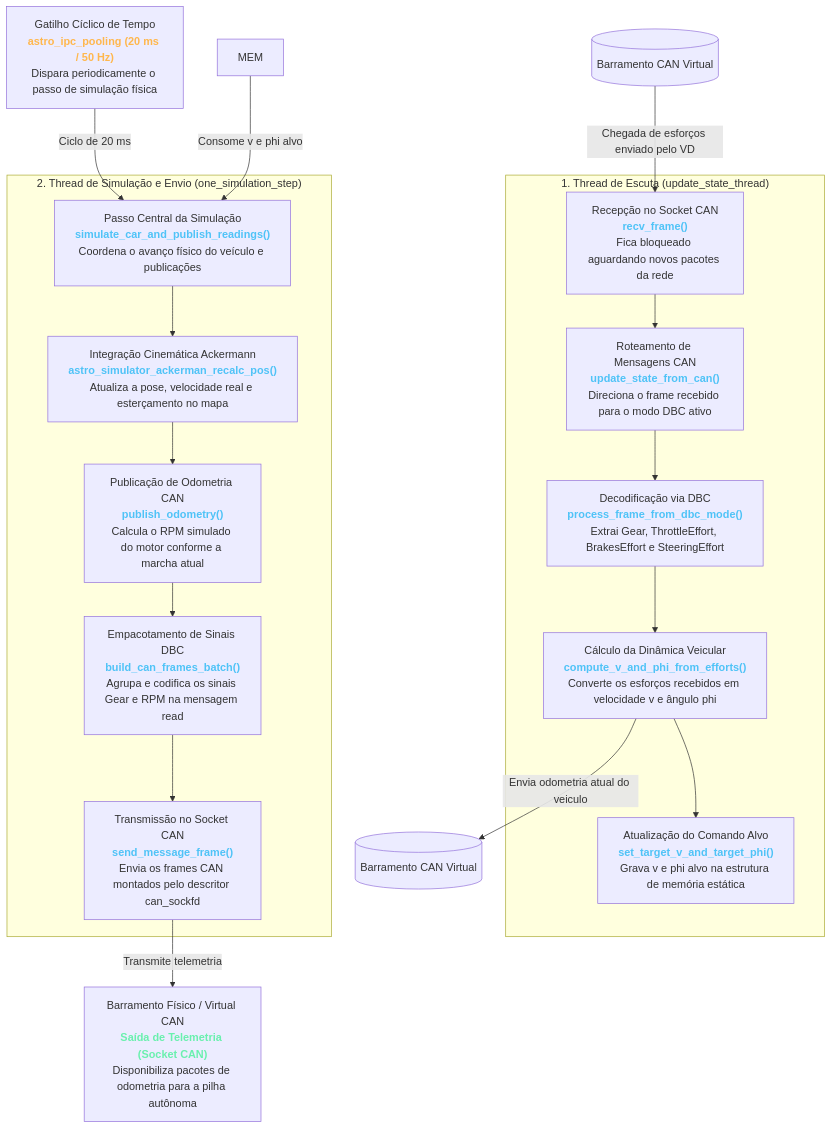
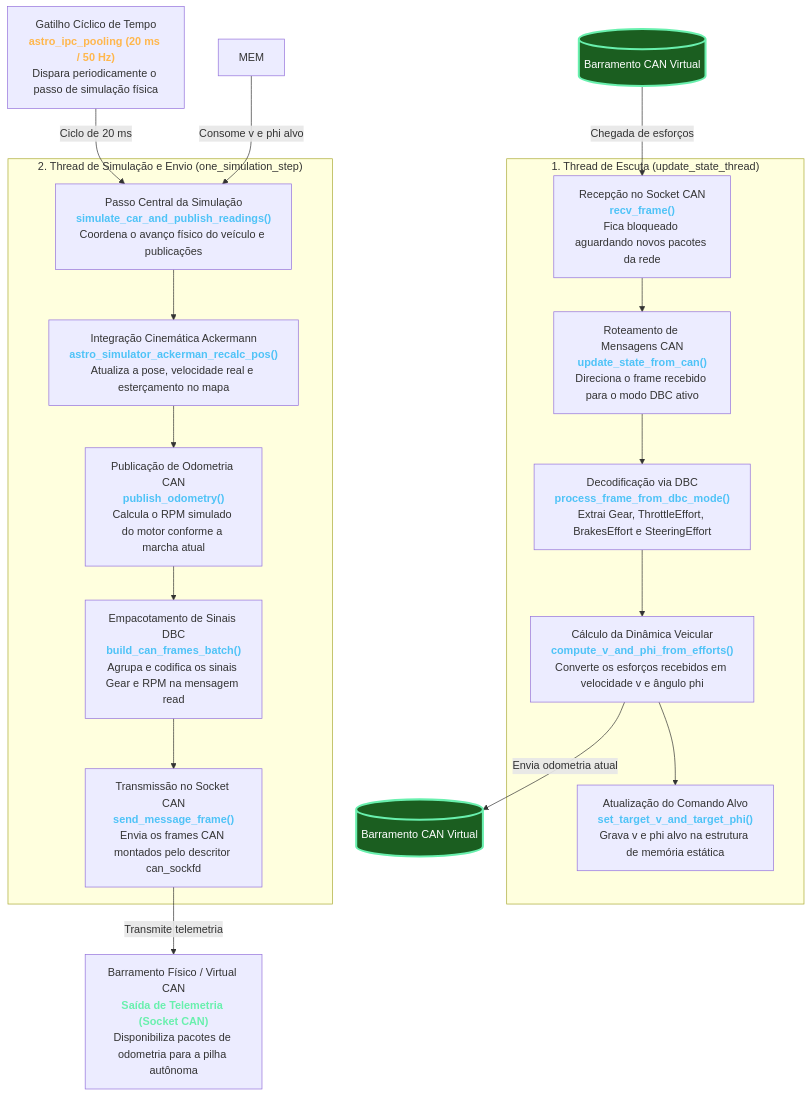
Before and after one commit to BrenoCSilva/lume: the second of 2 diagrams in simulator_ackerman/docs/01_arquitetura_e_fluxo_geral.md, drawn with Mermaid.

Commit message:
Fix formatting in architecture flowchart documentation

````diff
--- a/simulator_ackerman/docs/01_arquitetura_e_fluxo_geral.md
+++ b/simulator_ackerman/docs/01_arquitetura_e_fluxo_geral.md
@@ -101,33 +101,37 @@
 ```mermaid
 flowchart TD
     
     CAN_BUS[("Barramento CAN Virtual")]
 
-    CAN_BUS -->|"Chegada de esforços enviado pelo VD"| RECV
+    CAN_BUS -->|"Chegada de esforços <br/enviado pelo VD"| RECV
 
     subgraph ThreadEscuta ["1. Thread de Escuta (update_state_thread)"]
         RECV["Recepção no Socket CAN<br/><b style='color:#4fc3f7'>recv_frame()</b><br/>Fica bloqueado aguardando novos pacotes da rede"]
         RECV --> UPDATE["Roteamento de Mensagens CAN<br/><b style='color:#4fc3f7'>update_state_from_can()</b><br/>Direciona o frame recebido para o modo DBC ativo"]
         UPDATE --> PROC_DBC["Decodificação via DBC<br/><b style='color:#4fc3f7'>process_frame_from_dbc_mode()</b><br/>Extrai Gear, ThrottleEffort, BrakesEffort e SteeringEffort"]
         PROC_DBC --> CALC_DYN["Cálculo da Dinâmica Veicular<br/><b style='color:#4fc3f7'>compute_v_and_phi_from_efforts()</b><br/>Converte os esforços recebidos em velocidade v e ângulo phi"]
         CALC_DYN --> SET_TARGET["Atualização do Comando Alvo<br/><b style='color:#4fc3f7'>set_target_v_and_target_phi()</b><br/>Grava v e phi alvo na estrutura de memória estática"]
     end
     
-    CALC_DYN -->|"Envia odometria atual do veiculo"| CAN_BUS_2
+    CALC_DYN -->|"Envia odometria atual<br/ do veiculo"| CAN_BUS_2
    
     CAN_BUS_2[("Barramento CAN Virtual")]
 
 
     TIMER["Gatilho Cíclico de Tempo<br/><b style='color:#ffb74d'>astro_ipc_pooling (20 ms / 50 Hz)</b><br/>Dispara periodicamente o passo de simulação física"] -->|"Ciclo de 20 ms"| SIM_STEP
     MEM -->|"Consome v e phi alvo"| SIM_STEP
 
     subgraph ThreadSimulacao ["2. Thread de Simulação e Envio (one_simulation_step)"]
         SIM_STEP["Passo Central da Simulação<br/><b style='color:#4fc3f7'>simulate_car_and_publish_readings()</b><br/>Coordena o avanço físico do veículo e publicações"]
         SIM_STEP --> RECALC["Integração Cinemática Ackermann<br/><b style='color:#4fc3f7'>astro_simulator_ackerman_recalc_pos()</b><br/>Atualiza a pose, velocidade real e esterçamento no mapa"]
         RECALC --> PUB_ODO["Publicação de Odometria CAN<br/><b style='color:#4fc3f7'>publish_odometry()</b><br/>Calcula o RPM simulado do motor conforme a marcha atual"]
         PUB_ODO --> BATCH["Empacotamento de Sinais DBC<br/><b style='color:#4fc3f7'>build_can_frames_batch()</b><br/>Agrupa e codifica os sinais Gear e RPM na mensagem read"]
         BATCH --> SEND["Transmissão no Socket CAN<br/><b style='color:#4fc3f7'>send_message_frame()</b><br/>Envia os frames CAN montados pelo descritor can_sockfd"]
     end
 
     SEND -->|"Transmite telemetria"| CAN_OUT["Barramento Físico / Virtual CAN<br/><b style='color:#69f0ae'>Saída de Telemetria (Socket CAN)</b><br/>Disponibiliza pacotes de odometria para a pilha autônoma"]
+
+    style CAN_BUS fill:#1b5e20,stroke:#69f0ae,stroke-width:3px,color:#ffffff
+    style CAN_BUS_2 fill:#1b5e20,stroke:#69f0ae,stroke-width:3px,color:#ffffff
+
 ```
````
